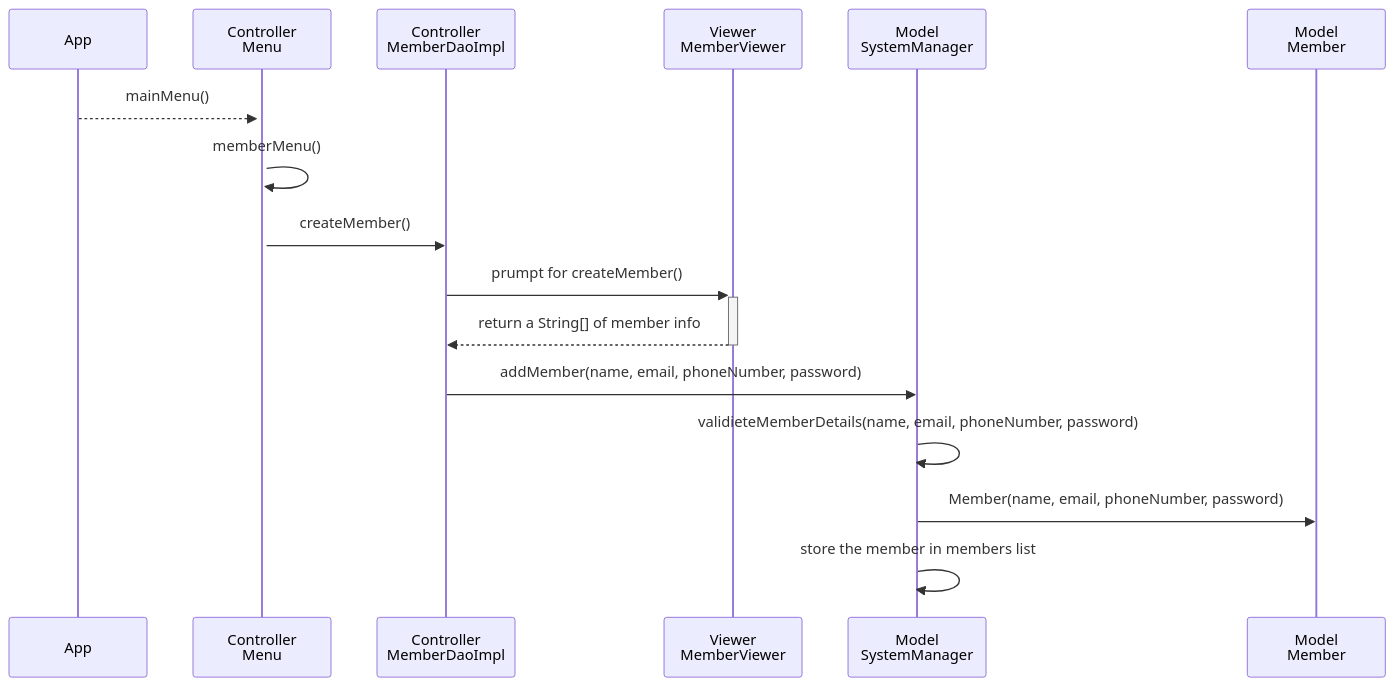
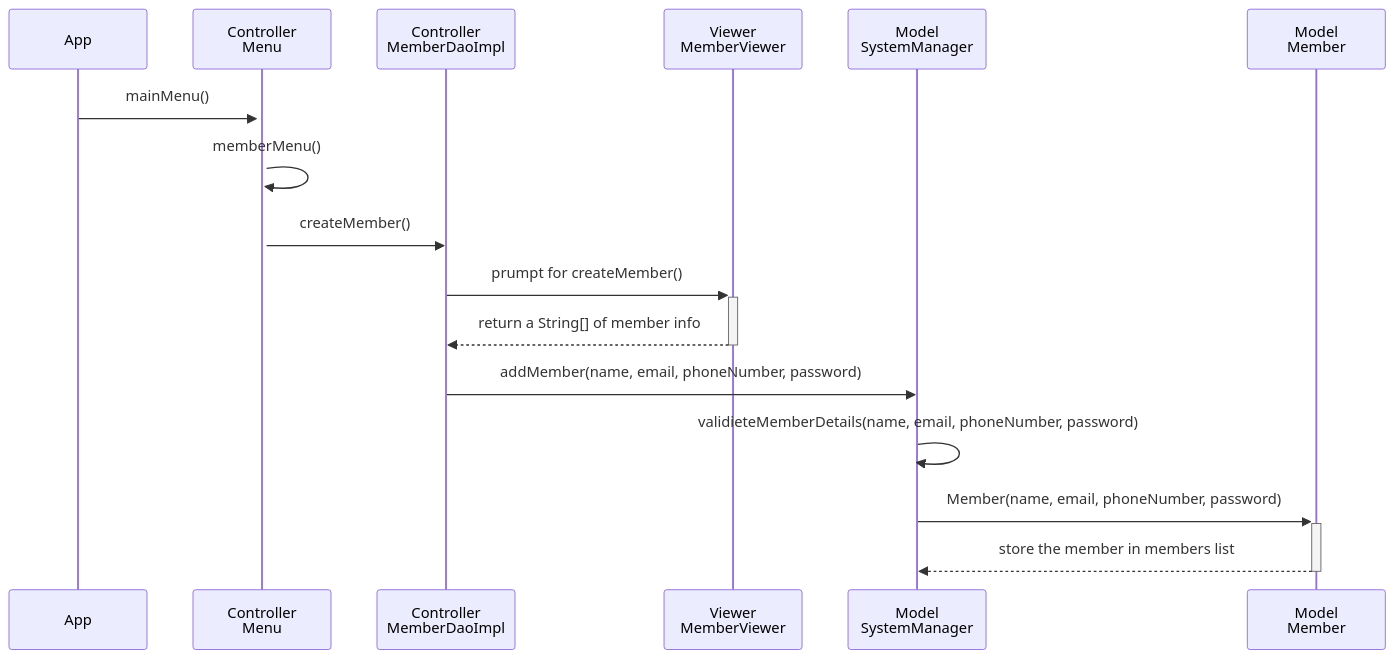
One commit to ashkar99/Stuff-Lending-System changed the fifth of 5 diagrams in design.md. Above: the diagram before and after it, drawn with Mermaid.

Commit message:
Update file design.md

`````diff
--- a/design.md
+++ b/design.md
@@ -413,21 +413,21 @@
 ```mermaid
 sequenceDiagram
     participant App as App 
     participant Menu as Controller <br/> Menu
     participant MC as Controller <br/> MemberDaoImpl 
     participant MV as Viewer <br/> MemberViewer
     participant SM as  Model <br/> SystemManager
     participant M as Model <br/> Member
     
     %% Scenario: Add a new third member with user input and database interaction
-    App-->>+ Menu: mainMenu()
+    App->>+ Menu: mainMenu()
     Menu->>Menu: memberMenu()
     Menu->>MC: createMember()
     MC->>+MV: prumpt for createMember()
     MV-->>-MC: return a String[] of member info
     MC->>SM: addMember(name, email, phoneNumber, password) 
     SM->>SM: validieteMemberDetails(name, email, phoneNumber, password) 
-    SM->>M: Member(name, email, phoneNumber, password)
-    SM->>SM: store the member in members list
+    SM->>+M: Member(name, email, phoneNumber, password)
+    M-->>-SM: store the member in members list
 
 ````
`````
